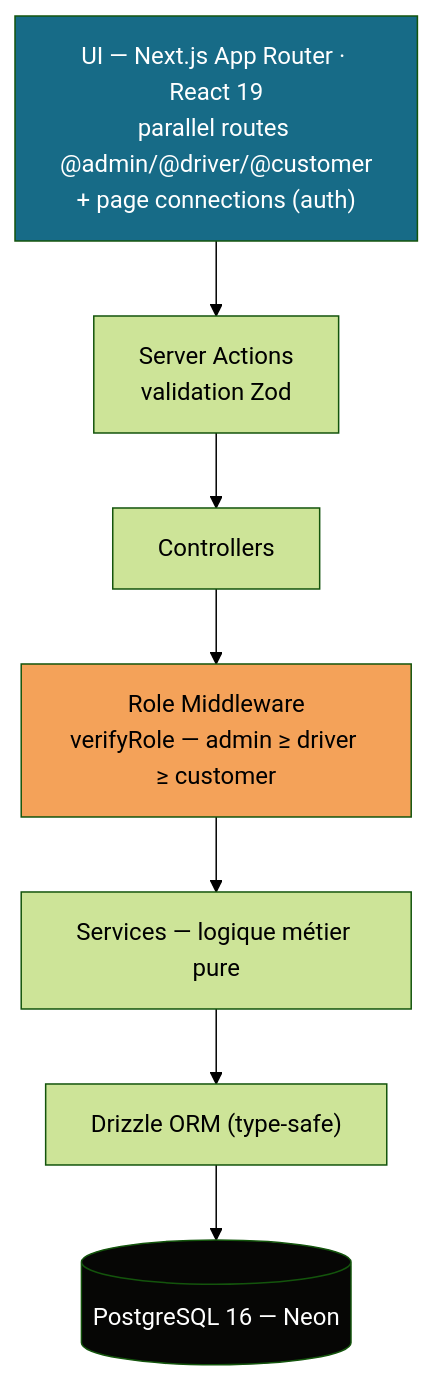
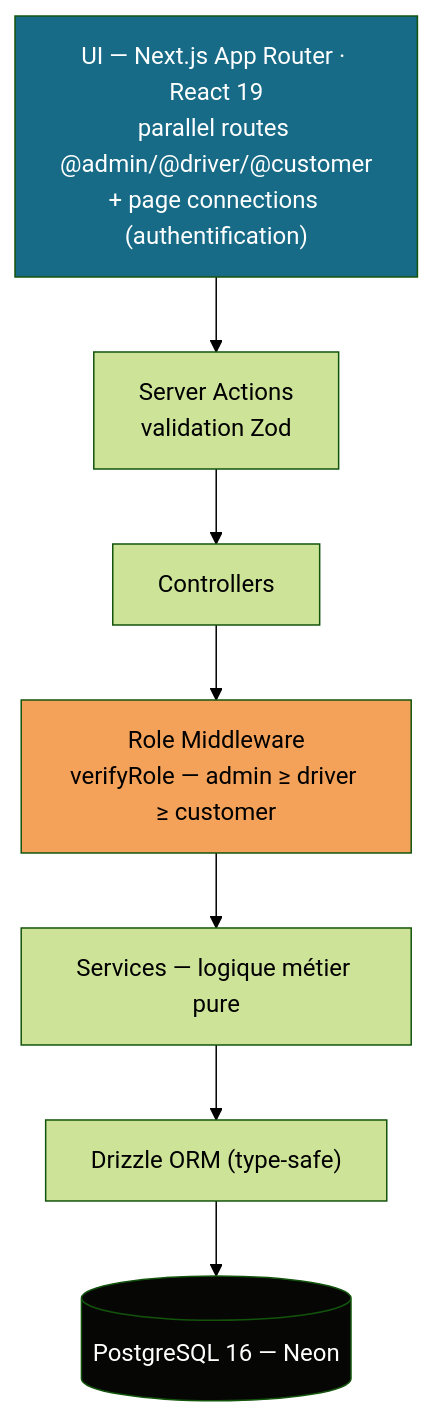
The seventh of 9 diagrams in documents/dossiers/dossierProjet/dossierProjetRNCP.md (Mamoru-fr/AMT-Express), drawn with Mermaid (forest theme) before and after one commit. The commit also changed other lines of this file and 7 other files, not shown here.

````diff
--- a/documents/dossiers/dossierProjet/dossierProjetRNCP.md
+++ b/documents/dossiers/dossierProjet/dossierProjetRNCP.md
@@ -346,12 +470,12 @@
 ```mermaid
 flowchart TB
-    A["UI — Next.js App Router · React 19<br/>parallel routes @admin/@driver/@customer<br/>+ page connections (auth)"] --> B["Server Actions<br/>validation Zod"]
+    A["UI — Next.js App Router · React 19<br/>parallel routes @admin/@driver/@customer<br/>+ page connections (authentification)"] --> B["Server Actions<br/>validation Zod"]
     B --> C["Controllers"]
     C --> D["Role Middleware<br/>verifyRole — admin ≥ driver ≥ customer"]
     D --> E["Services — logique métier pure"]
     E --> F["Drizzle ORM (type-safe)"]
     F --> G[("PostgreSQL 16 — Neon")]
     style A fill:#176B87,color:#fff
     style D fill:#F4A259,color:#000
     style G fill:#060605,color:#fff
 ```
````
